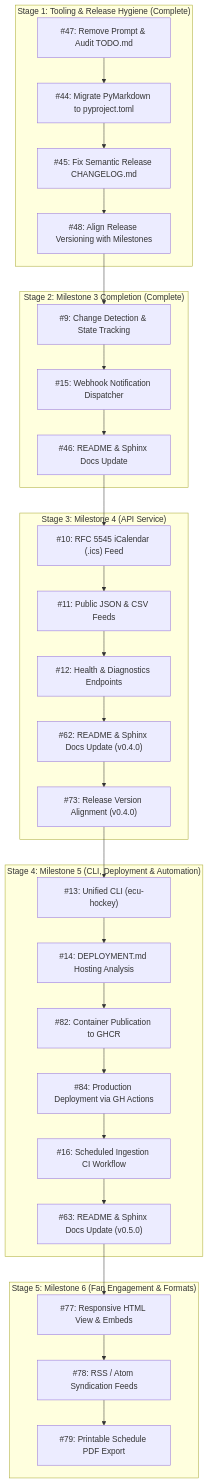
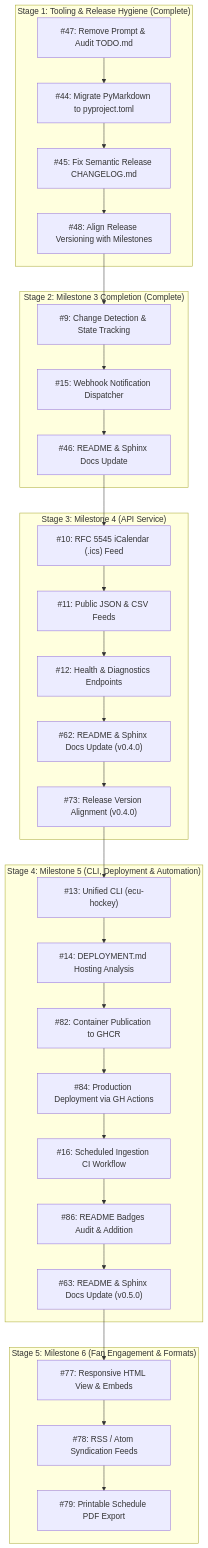
One commit to bdperkin/ecu-hockey-calendar changed the second of 2 diagrams in TODO.md. Above: the diagram before and after it, drawn with Mermaid. The commit also changed other lines of this file, not shown here.

First line of the commit message:
docs(roadmap): track readme badges audit issue in TODO.md (#87)

````diff
--- a/TODO.md
+++ b/TODO.md
@@ -326,59 +333,61 @@
 ```mermaid
 flowchart TD
     subgraph HYGIENE["Stage 1: Tooling & Release Hygiene (Complete)"]
         T47["#47: Remove Prompt & Audit TODO.md"]
         T44["#44: Migrate PyMarkdown to pyproject.toml"]
         T45["#45: Fix Semantic Release CHANGELOG.md"]
         T48["#48: Align Release Versioning with Milestones"]
     end
 
     subgraph M3["Stage 2: Milestone 3 Completion (Complete)"]
         T9["#9: Change Detection & State Tracking"]
         T15["#15: Webhook Notification Dispatcher"]
         T46["#46: README & Sphinx Docs Update"]
     end
 
     subgraph M4["Stage 3: Milestone 4 (API Service)"]
         T10["#10: RFC 5545 iCalendar (.ics) Feed"]
         T11["#11: Public JSON & CSV Feeds"]
         T12["#12: Health & Diagnostics Endpoints"]
         T62["#62: README & Sphinx Docs Update (v0.4.0)"]
         T73["#73: Release Version Alignment (v0.4.0)"]
     end
 
     subgraph M5["Stage 4: Milestone 5 (CLI, Deployment & Automation)"]
         T13["#13: Unified CLI (ecu-hockey)"]
         T14["#14: DEPLOYMENT.md Hosting Analysis"]
         T82["#82: Container Publication to GHCR"]
         T84["#84: Production Deployment via GH Actions"]
         T16["#16: Scheduled Ingestion CI Workflow"]
+        T86["#86: README Badges Audit & Addition"]
         T63["#63: README & Sphinx Docs Update (v0.5.0)"]
     end
 
     subgraph M6["Stage 5: Milestone 6 (Fan Engagement & Formats)"]
         T77["#77: Responsive HTML View & Embeds"]
         T78["#78: RSS / Atom Syndication Feeds"]
         T79["#79: Printable Schedule PDF Export"]
     end
 
     T47 --> T44
     T44 --> T45
     T45 --> T48
     T48 --> T9
     T9 --> T15
     T15 --> T46
     T46 --> T10
     T10 --> T11
     T11 --> T12
     T12 --> T62
     T62 --> T73
     T73 --> T13
     T13 --> T14
     T14 --> T82
     T82 --> T84
     T84 --> T16
-    T16 --> T63
+    T16 --> T86
+    T86 --> T63
     T63 --> T77
     T77 --> T78
     T78 --> T79
 ```
````
